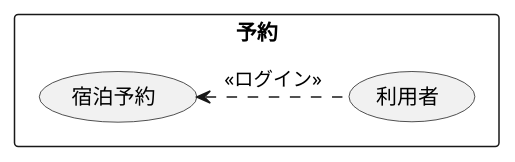
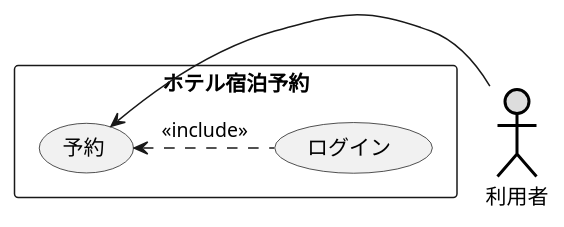
The diagram in 演習2-3_ホテル宿泊予約.pu (Tomok1w/uml-introduction), drawn with PlantUML before and after one commit. The commit also changed 3 other files, not shown here.

```diff
--- a/演習2-3_ホテル宿泊予約.pu
+++ b/演習2-3_ホテル宿泊予約.pu
@@ -1,7 +1,9 @@
-@startuml 宿泊予約
-rectangle 予約 {
-usecase 宿泊予約
-usecase 利用者
-}
-宿泊予約 <. 利用者 : << ログイン >>
+@startuml 2-3
+    actor 利用者  #DDDDDD;line:black;line.bold;
+    rectangle ホテル宿泊予約{
+    usecase ログイン
+    usecase 予約
+    }
+    予約 <. ログイン : << include >>
+    利用者 -> 予約
 @enduml
```
